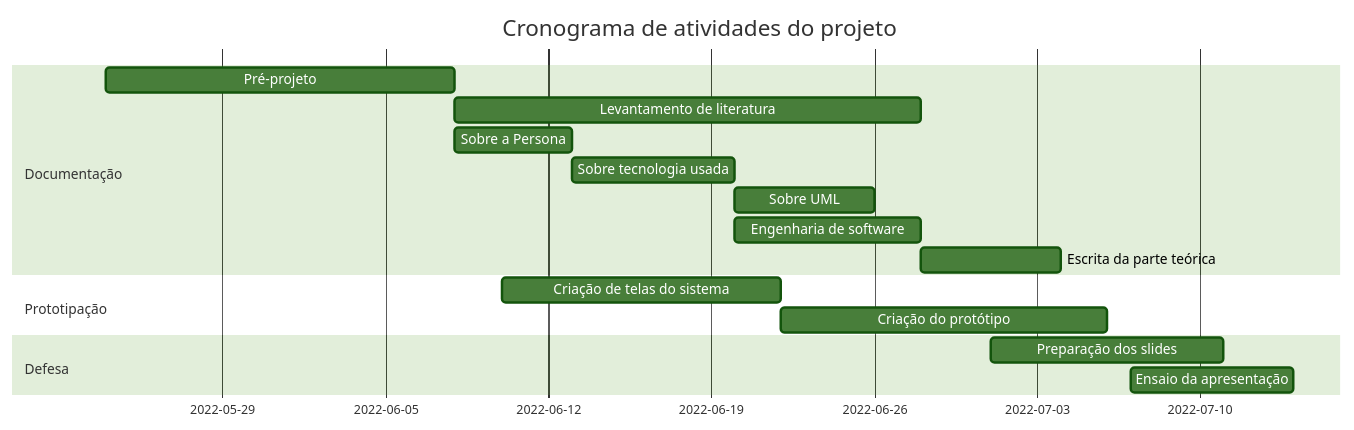
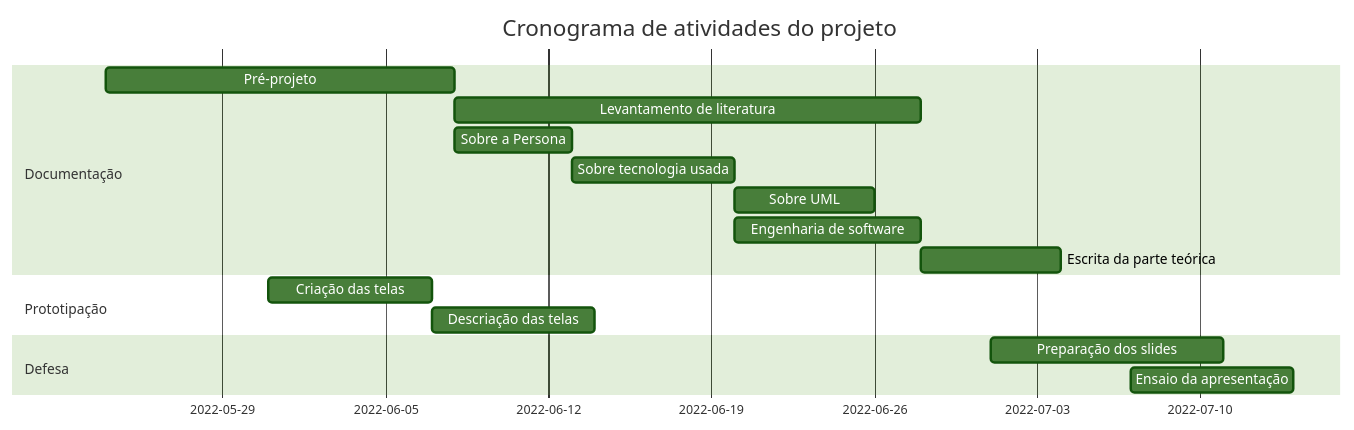
One commit to Ricvidal/CronogramaMarkdown changed the diagram in README.md. Above: the diagram before and after it, drawn with Mermaid (forest theme).

Commit message:
Prototipação
Criação das telas e descrição das telas

````diff
--- a/README.md
+++ b/README.md
@@ -3,19 +3,19 @@
 ```mermaid
     gantt
     title Cronograma de atividades do projeto
     dateFormat  YYYY-MM-DD
     section Documentação
     Pré-projeto :a1, 2022-05-24, 15d
     Levantamento de literatura :a2,after a1  , 20d
     Sobre a Persona :a3,after a1  , 5d
     Sobre tecnologia usada :a4,after a3  , 7d
     Sobre UML :a5,after a4  , 6d
     Engenharia de software :a6,after a4  , 8d
     Escrita da parte teórica :a7,after a2  , 6d
     section Prototipação
-    Criação de telas do sistema :c2,2022-06-10  , 12d
-    Criação do protótipo      :c3,after c2, 14d
+    Criação das telas :c2,2022-05-31  , 7d
+    Descriação das telas      :c3,after c2, 7d
     section Defesa
     Preparação dos slides :p1, 2022-07-01, 10d
     Ensaio da apresentação :p2, 2022-07-07, 7d
 ```
````
